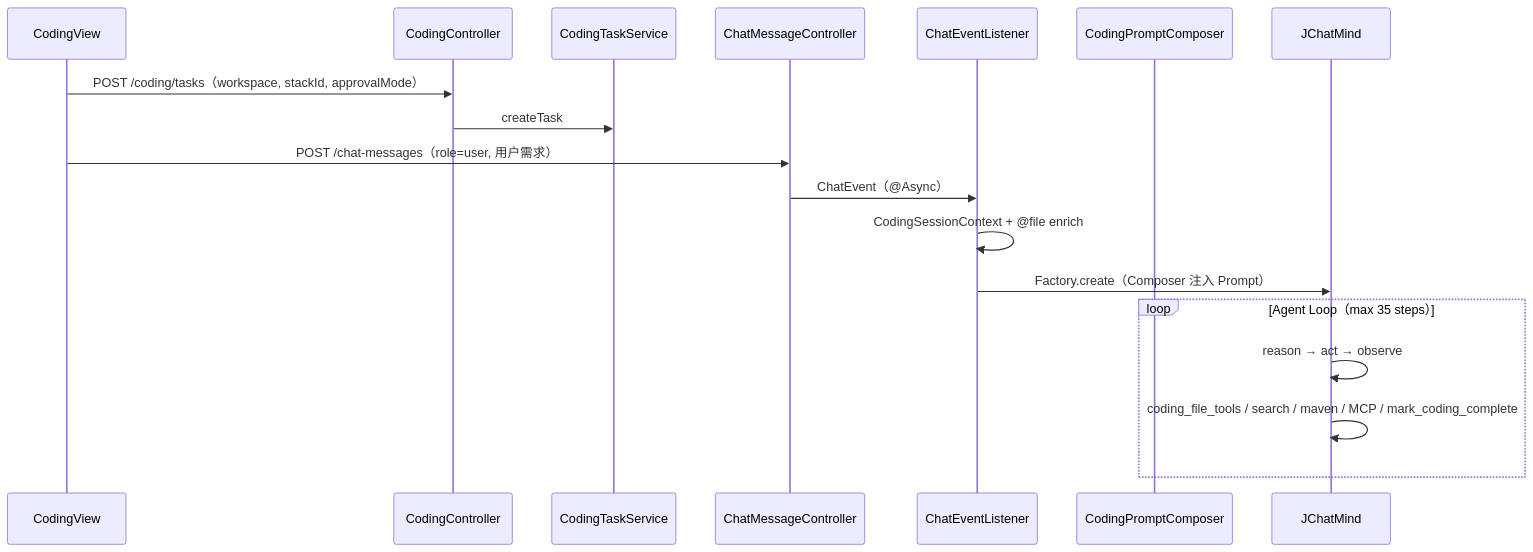
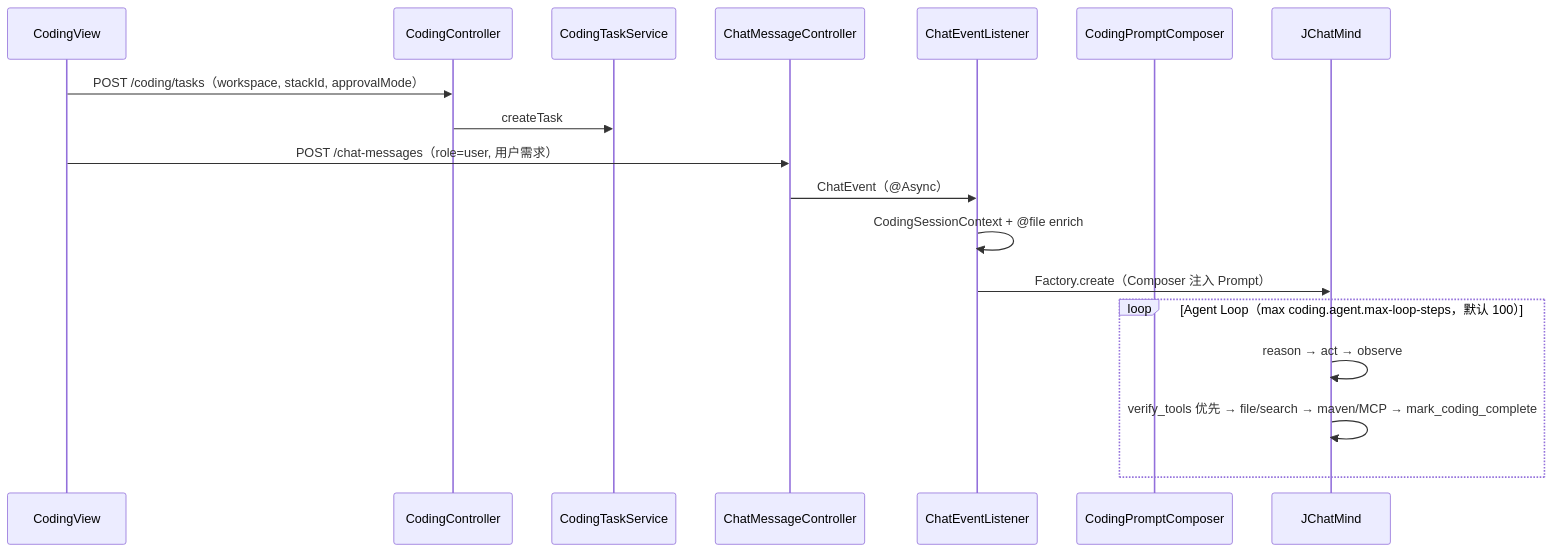
One commit to spectralfan/-claude-agent- changed the second of 4 diagrams in JChatMind/jchatmind/src/main/out/Phase3_架构设计.md. Above: the diagram before and after it, drawn with Mermaid. The commit also changed other lines of this file and 55 other files, not shown here.

````diff
--- a/JChatMind/jchatmind/src/main/out/Phase3_架构设计.md
+++ b/JChatMind/jchatmind/src/main/out/Phase3_架构设计.md
@@ -129,21 +144,21 @@
 ```mermaid
 sequenceDiagram
   participant UI as CodingView
   participant API as CodingController
   participant Task as CodingTaskService
   participant Chat as ChatMessageController
   participant L as ChatEventListener
   participant C as CodingPromptComposer
   participant A as JChatMind
 
   UI->>API: POST /coding/tasks（workspace, stackId, approvalMode）
   API->>Task: createTask
   UI->>Chat: POST /chat-messages（role=user, 用户需求）
   Chat->>L: ChatEvent（@Async）
   L->>L: CodingSessionContext + @file enrich
   L->>A: Factory.create（Composer 注入 Prompt）
-  loop Agent Loop（max 35 steps）
+  loop Agent Loop（max coding.agent.max-loop-steps，默认 100）
     A->>A: reason → act → observe
-    A->>A: coding_file_tools / search / maven / MCP / mark_coding_complete
+    A->>A: verify_tools 优先 → file/search → maven/MCP → mark_coding_complete
   end
 ```
````
